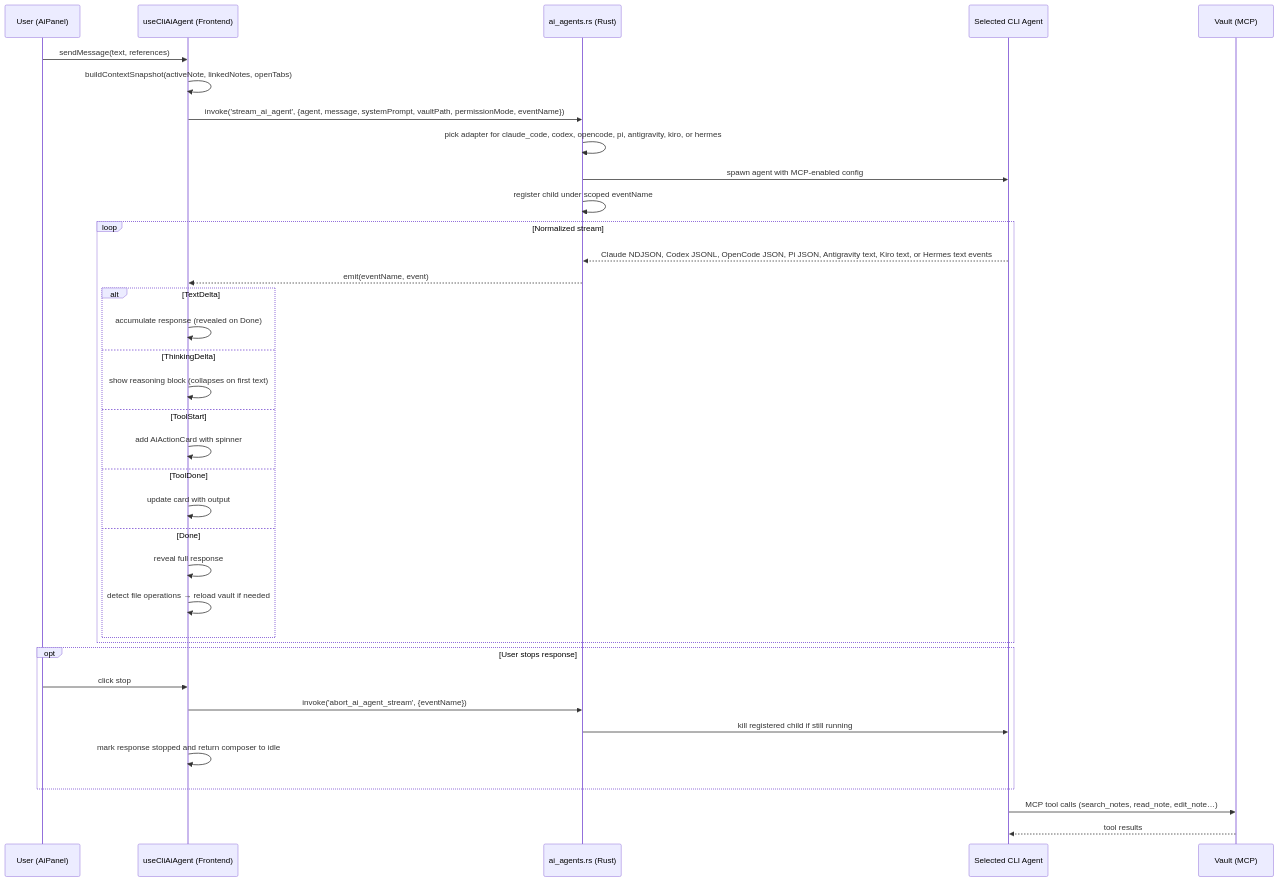
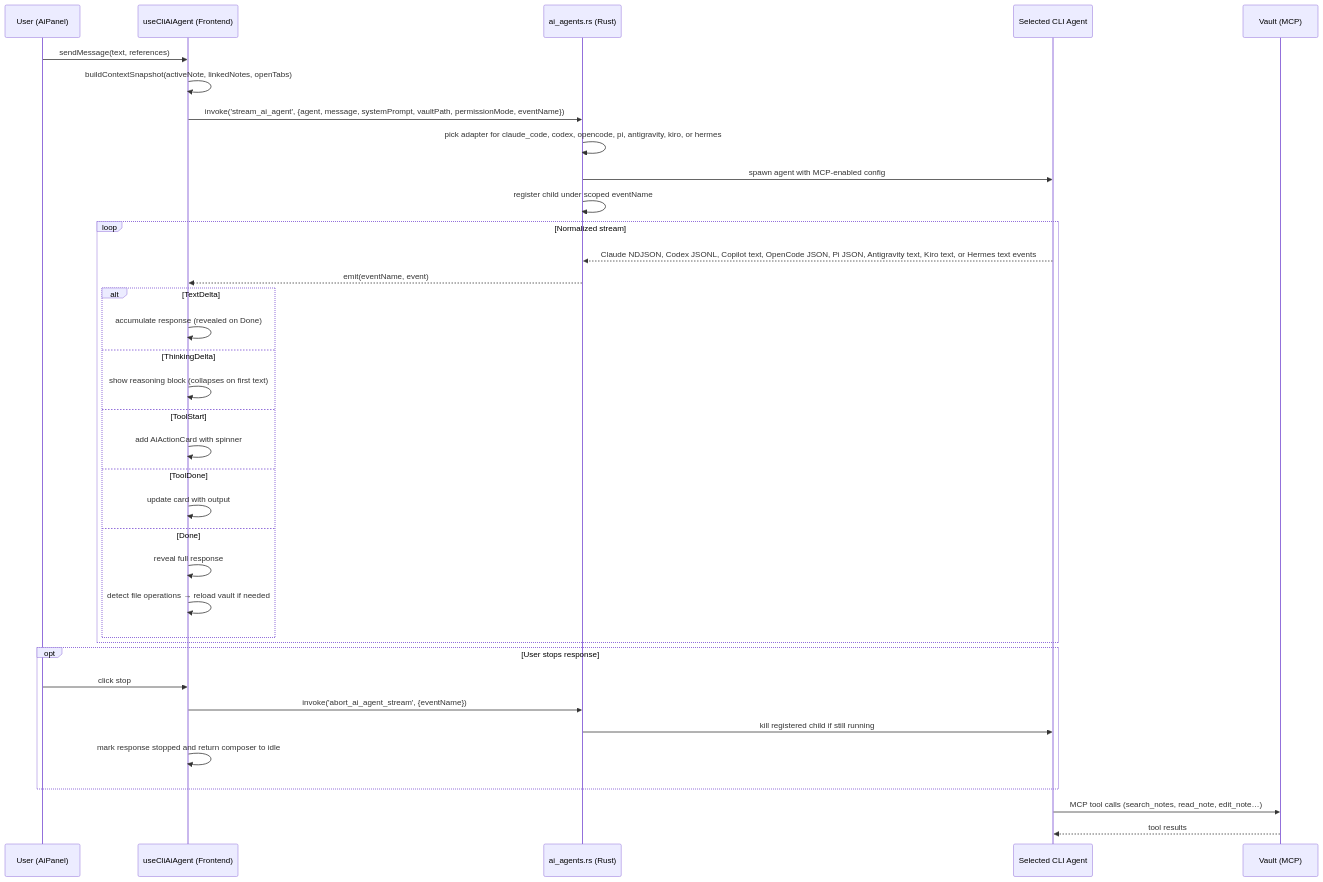
One commit to aimeritething/Fuwa changed the third of 10 diagrams in docs/ARCHITECTURE.md. Above: the diagram before and after it, drawn with Mermaid. The commit also changed other lines of this file and 26 other files, not shown here.

````diff
--- a/docs/ARCHITECTURE.md
+++ b/docs/ARCHITECTURE.md
@@ -304,42 +304,42 @@
 ```mermaid
 sequenceDiagram
     participant U as User (AiPanel)
     participant FE as useCliAiAgent (Frontend)
     participant R as ai_agents.rs (Rust)
     participant C as Selected CLI Agent
     participant V as Vault (MCP)
 
     U->>FE: sendMessage(text, references)
     FE->>FE: buildContextSnapshot(activeNote, linkedNotes, openTabs)
     FE->>R: invoke('stream_ai_agent', {agent, message, systemPrompt, vaultPath, permissionMode, eventName})
     R->>R: pick adapter for claude_code, codex, opencode, pi, antigravity, kiro, or hermes
     R->>C: spawn agent with MCP-enabled config
     R->>R: register child under scoped eventName
 
     loop Normalized stream
-        C-->>R: Claude NDJSON, Codex JSONL, OpenCode JSON, Pi JSON, Antigravity text, Kiro text, or Hermes text events
+        C-->>R: Claude NDJSON, Codex JSONL, Copilot text, OpenCode JSON, Pi JSON, Antigravity text, Kiro text, or Hermes text events
         R-->>FE: emit(eventName, event)
         alt TextDelta
             FE->>FE: accumulate response (revealed on Done)
         else ThinkingDelta
             FE->>FE: show reasoning block (collapses on first text)
         else ToolStart
             FE->>FE: add AiActionCard with spinner
         else ToolDone
             FE->>FE: update card with output
         else Done
             FE->>FE: reveal full response
             FE->>FE: detect file operations → reload vault if needed
         end
     end
 
     opt User stops response
         U->>FE: click stop
         FE->>R: invoke('abort_ai_agent_stream', {eventName})
         R->>C: kill registered child if still running
         FE->>FE: mark response stopped and return composer to idle
     end
 
     C->>V: MCP tool calls (search_notes, read_note, edit_note…)
     V-->>C: tool results
 ```
````
